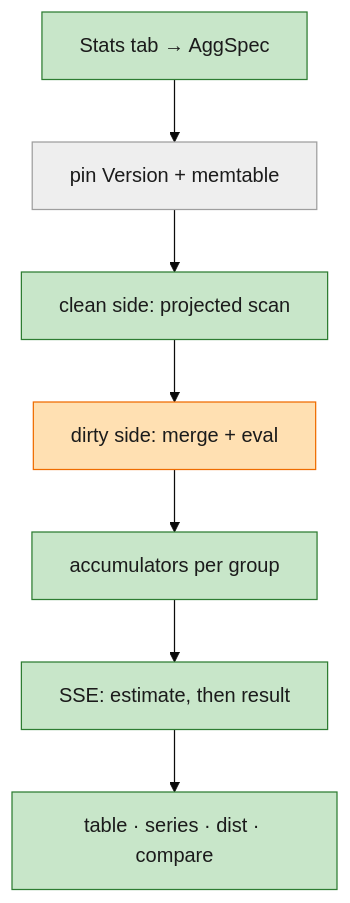
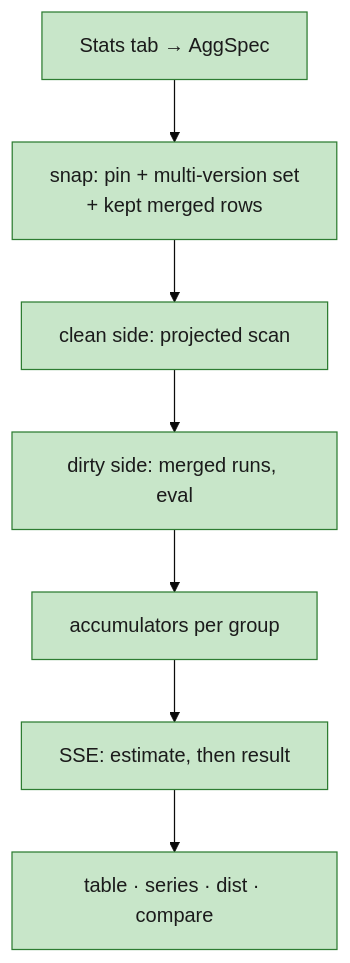
The fifth of 11 diagrams in specs/003-m3-search-aggregates-speed/starter-guide.md (liukai/smithling), drawn with Mermaid (base theme) before and after one commit. The commit also changed other lines of this file, not shown here.

````diff
--- a/specs/003-m3-search-aggregates-speed/starter-guide.md
+++ b/specs/003-m3-search-aggregates-speed/starter-guide.md
@@ -115,14 +120,14 @@
 ```mermaid
 flowchart TB
     A["Stats tab → AggSpec"]:::new
-    B["pin Version + memtable"]:::old
+    B["snap: pin + multi-version set<br/>+ kept merged rows"]:::new
     C["clean side: projected scan"]:::new
-    D["dirty side: merge + eval"]:::revised
+    D["dirty side: merged runs, eval"]:::new
     E["accumulators per group"]:::new
     F["SSE: estimate, then result"]:::new
     G["table · series · dist · compare"]:::new
     A --> B --> C --> D --> E --> F --> G
     classDef new fill:#c8e6c9,stroke:#2e7d32,color:#1b1b1b
     classDef revised fill:#ffe0b2,stroke:#ef6c00,color:#1b1b1b
     classDef old fill:#eeeeee,stroke:#9e9e9e,color:#1b1b1b
 ```
````
